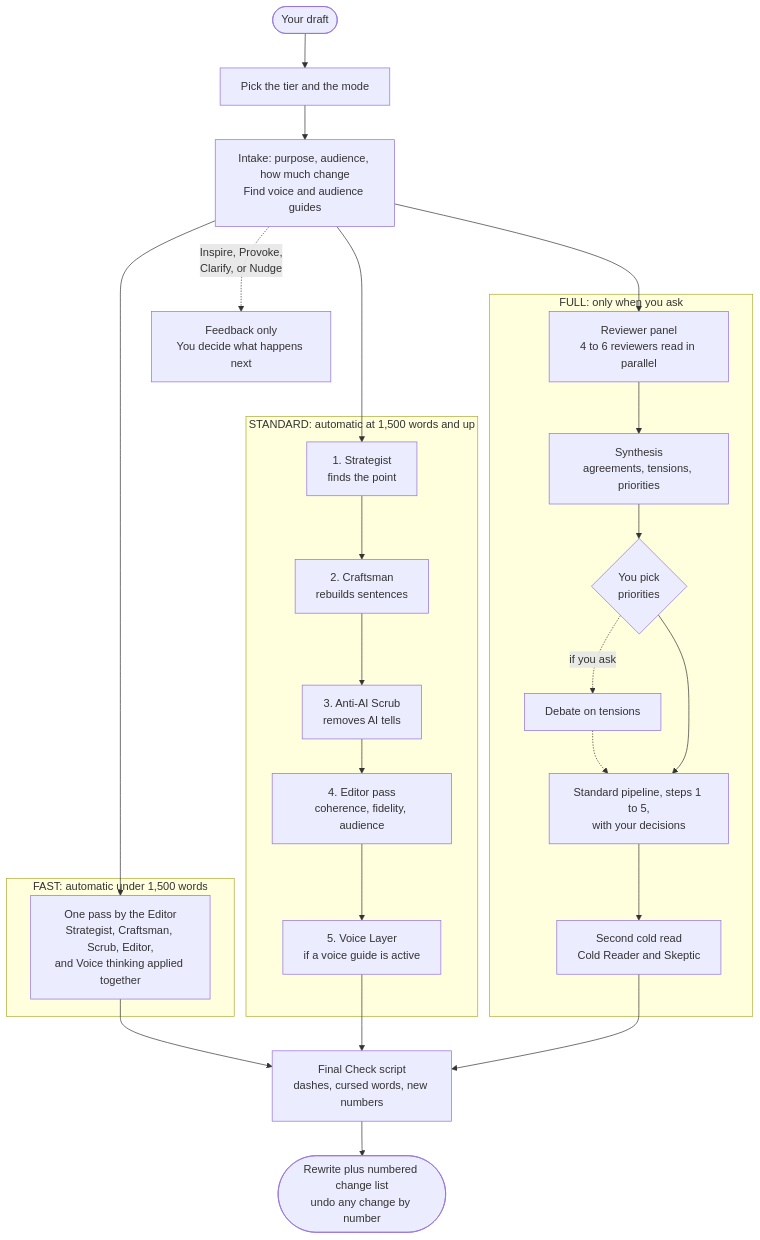
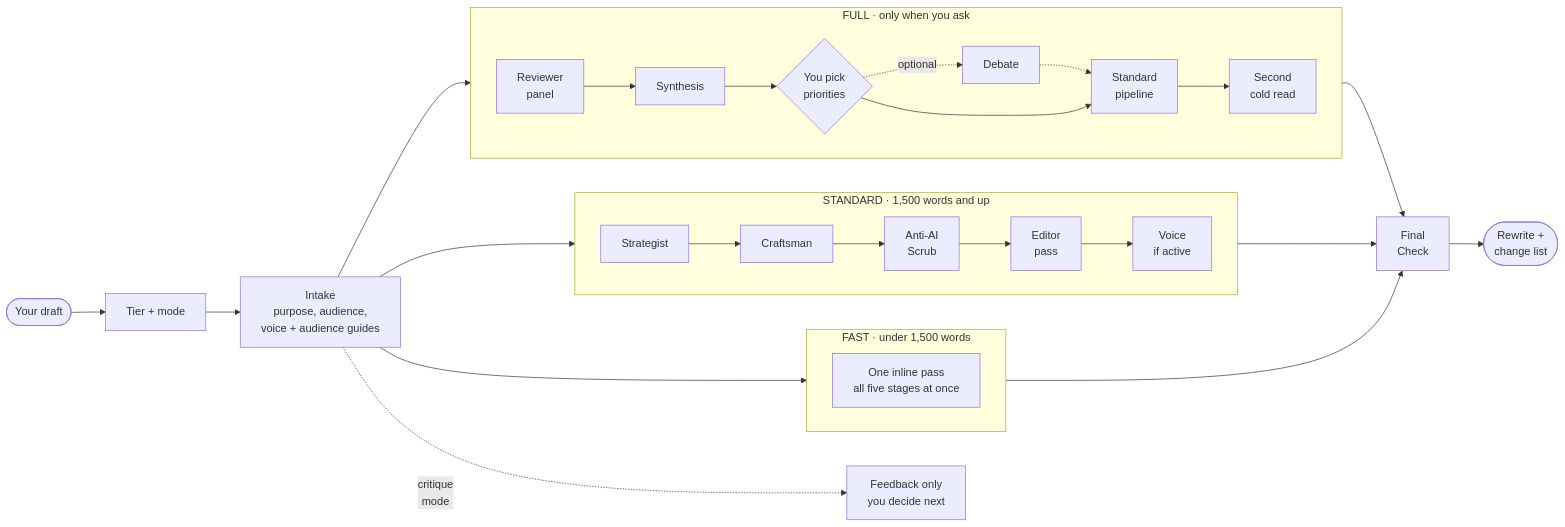
One commit to remixpartners/rewriter changed the diagram in README.md. Above: the diagram before and after it, drawn with Mermaid.

Commit message:
docs: lay out tier flowchart as left-to-right lanes

````diff
--- a/README.md
+++ b/README.md
@@ -61,34 +61,30 @@
 ```mermaid
-flowchart TD
-    IN(["Your draft"]) --> T["Pick the tier and the mode"]
-    T --> I["Intake: purpose, audience, how much change<br/>Find voice and audience guides"]
-    I -. "Inspire, Provoke,<br/>Clarify, or Nudge" .-> K["Feedback only<br/>You decide what happens next"]
+flowchart LR
+    IN(["Your draft"]) --> T["Tier + mode"] --> I["Intake<br/>purpose, audience,<br/>voice + audience guides"]
+    I -. "critique<br/>mode" .-> K["Feedback only<br/>you decide next"]
     I --> F1
     I --> S1
     I --> P1
 
-    subgraph FAST ["FAST: automatic under 1,500 words"]
-        F1["One pass by the Editor<br/>Strategist, Craftsman, Scrub, Editor,<br/>and Voice thinking applied together"]
+    subgraph FAST ["FAST · under 1,500 words"]
+        direction LR
+        F1["One inline pass<br/>all five stages at once"]
     end
 
-    subgraph STANDARD ["STANDARD: automatic at 1,500 words and up"]
-        S1["1. Strategist<br/>finds the point"] --> S2["2. Craftsman<br/>rebuilds sentences"]
-        S2 --> S3["3. Anti-AI Scrub<br/>removes AI tells"]
-        S3 --> S4["4. Editor pass<br/>coherence, fidelity, audience"]
-        S4 --> S5["5. Voice Layer<br/>if a voice guide is active"]
+    subgraph STANDARD ["STANDARD · 1,500 words and up"]
+        direction LR
+        S1["Strategist"] --> S2["Craftsman"] --> S3["Anti-AI<br/>Scrub"] --> S4["Editor<br/>pass"] --> S5["Voice<br/>if active"]
     end
 
-    subgraph FULL ["FULL: only when you ask"]
-        P1["Reviewer panel<br/>4 to 6 reviewers read in parallel"] --> P2["Synthesis<br/>agreements, tensions, priorities"]
-        P2 --> P3{"You pick<br/>priorities"}
-        P3 -. "if you ask" .-> P4["Debate on tensions"]
-        P4 -.-> P5
-        P3 --> P5["Standard pipeline, steps 1 to 5,<br/>with your decisions"]
-        P5 --> P6["Second cold read<br/>Cold Reader and Skeptic"]
+    subgraph FULL ["FULL · only when you ask"]
+        direction LR
+        P1["Reviewer<br/>panel"] --> P2["Synthesis"] --> P3{"You pick<br/>priorities"}
+        P3 -. "optional" .-> P4["Debate"] -.-> P5
+        P3 --> P5["Standard<br/>pipeline"] --> P6["Second<br/>cold read"]
     end
 
-    F1 --> Z["Final Check script<br/>dashes, cursed words, new numbers"]
+    F1 --> Z["Final<br/>Check"]
     S5 --> Z
     P6 --> Z
-    Z --> OUT(["Rewrite plus numbered change list<br/>undo any change by number"])
+    Z --> OUT(["Rewrite +<br/>change list"])
 ```
````
